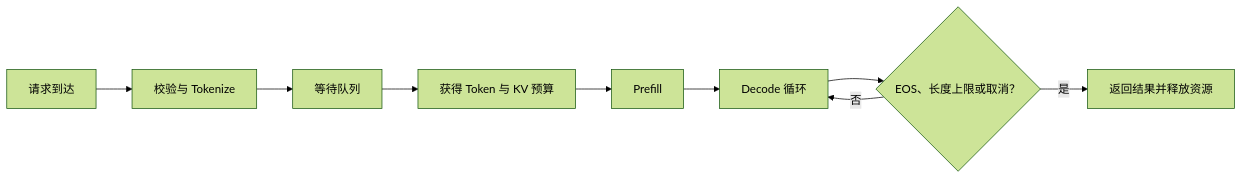
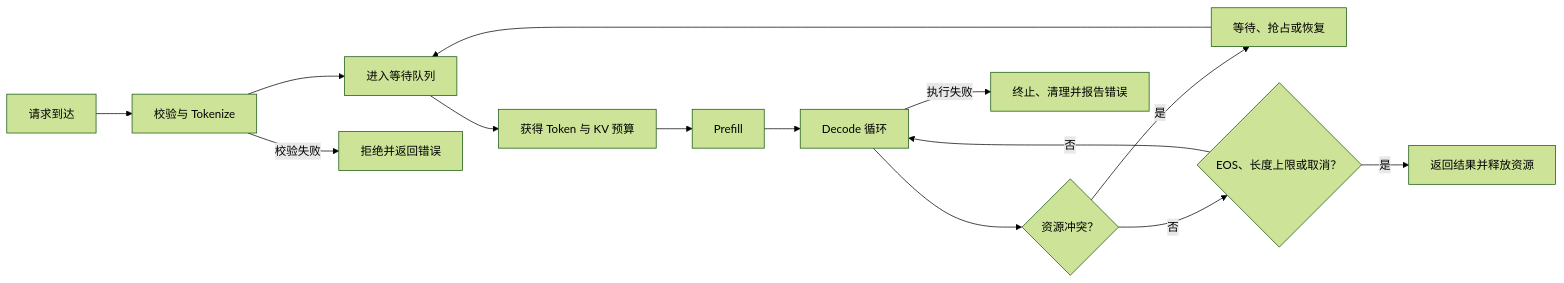
Before and after one commit to NealChristmas/LLM: the diagram in courses/02-inference/d28-request-lifecycle/README.md, drawn with Mermaid (forest theme). The commit also changed other lines of this file and 14 other files, not shown here.

````diff
--- a/courses/02-inference/d28-request-lifecycle/README.md
+++ b/courses/02-inference/d28-request-lifecycle/README.md
@@ -11,11 +13,16 @@
 ```mermaid
 flowchart LR
     A["请求到达"] --> B["校验与 Tokenize"]
-    B --> C["等待队列"]
+    B --> C["进入等待队列"]
     C --> D["获得 Token 与 KV 预算"]
     D --> E["Prefill"]
     E --> F["Decode 循环"]
-    F --> G{"EOS、长度上限或取消？"}
+    F --> P{"资源冲突？"}
+    P -->|"是"| Q["等待、抢占或恢复"]
+    Q --> C
+    P -->|"否"| G{"EOS、长度上限或取消？"}
     G -->|"否"| F
     G -->|"是"| H["返回结果并释放资源"]
+    B -->|"校验失败"| X["拒绝并返回错误"]
+    F -->|"执行失败"| Y["终止、清理并报告错误"]
 ```
````
